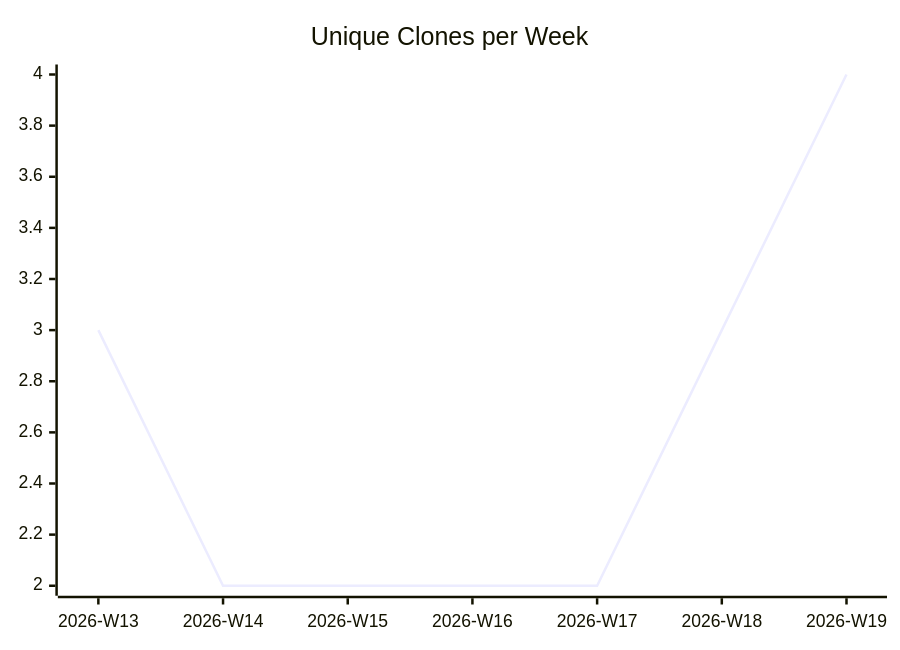
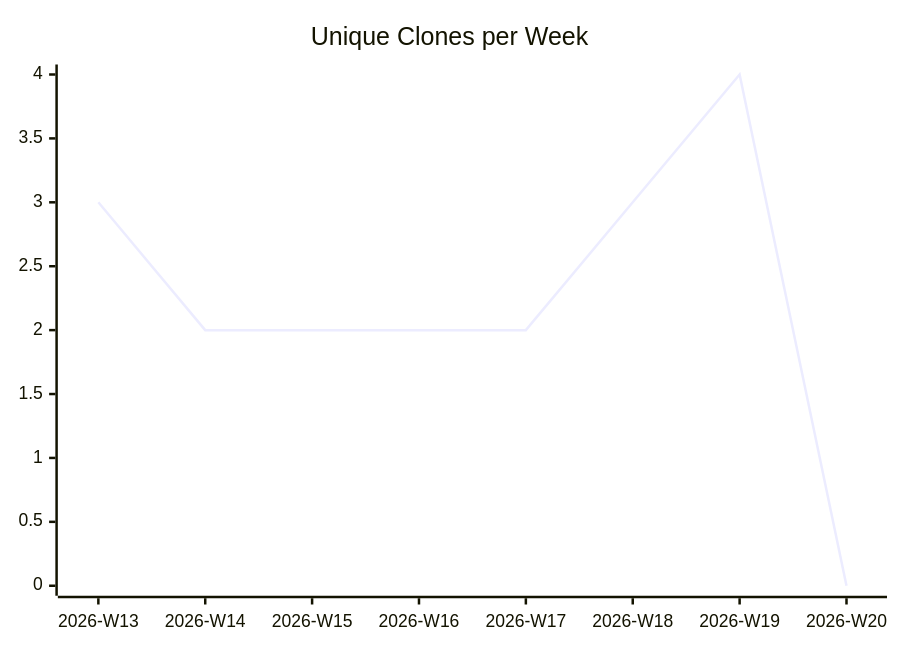
Before and after one commit to justdavis-family/github-analytics-data: the third of 3 diagrams in karlmdavis/can-i-kayak-baltimore/README.md, drawn with Mermaid. The commit also changed other lines of this file and 190 other files, not shown here.

````diff
--- a/karlmdavis/can-i-kayak-baltimore/README.md
+++ b/karlmdavis/can-i-kayak-baltimore/README.md
@@ -19,6 +19,6 @@
 ```mermaid
 xychart-beta
   title "Unique Clones per Week"
-  x-axis ["2026-W13", "2026-W14", "2026-W15", "2026-W16", "2026-W17", "2026-W18", "2026-W19"]
-  line [3, 2, 2, 2, 2, 3, 4]
+  x-axis ["2026-W13", "2026-W14", "2026-W15", "2026-W16", "2026-W17", "2026-W18", "2026-W19", "2026-W20"]
+  line [3, 2, 2, 2, 2, 3, 4, 0]
 ```
````
